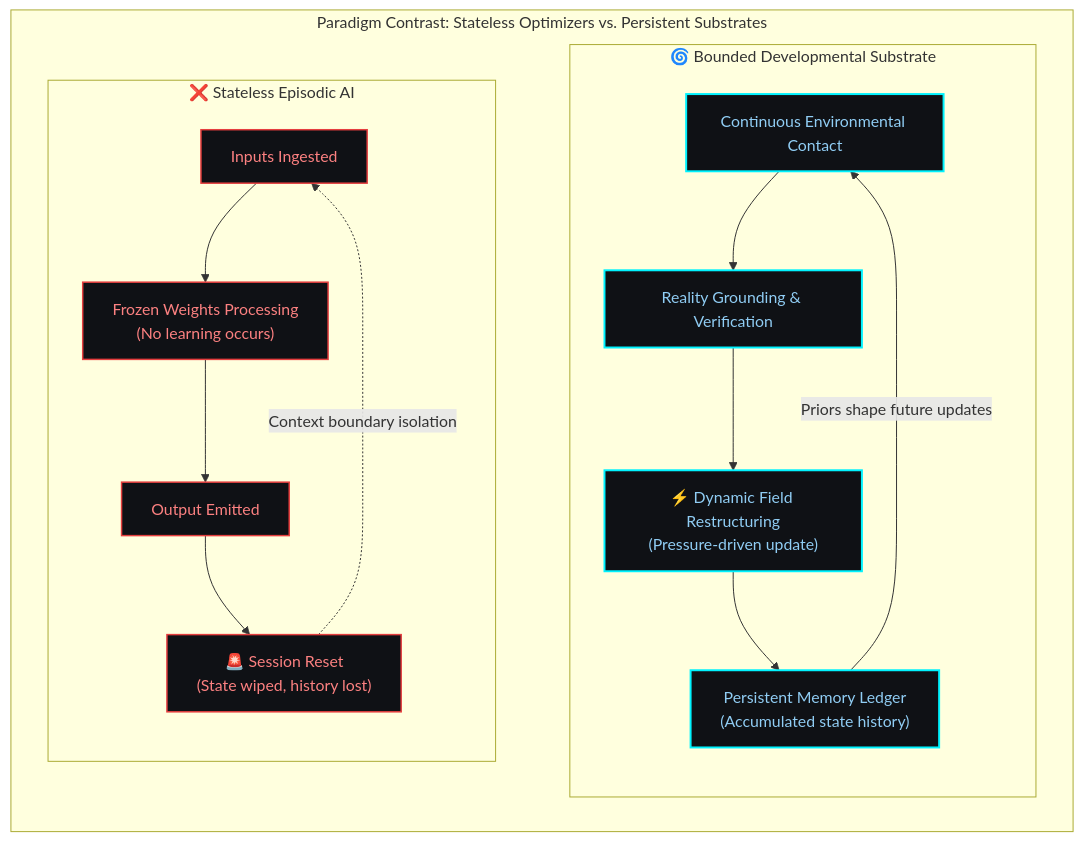
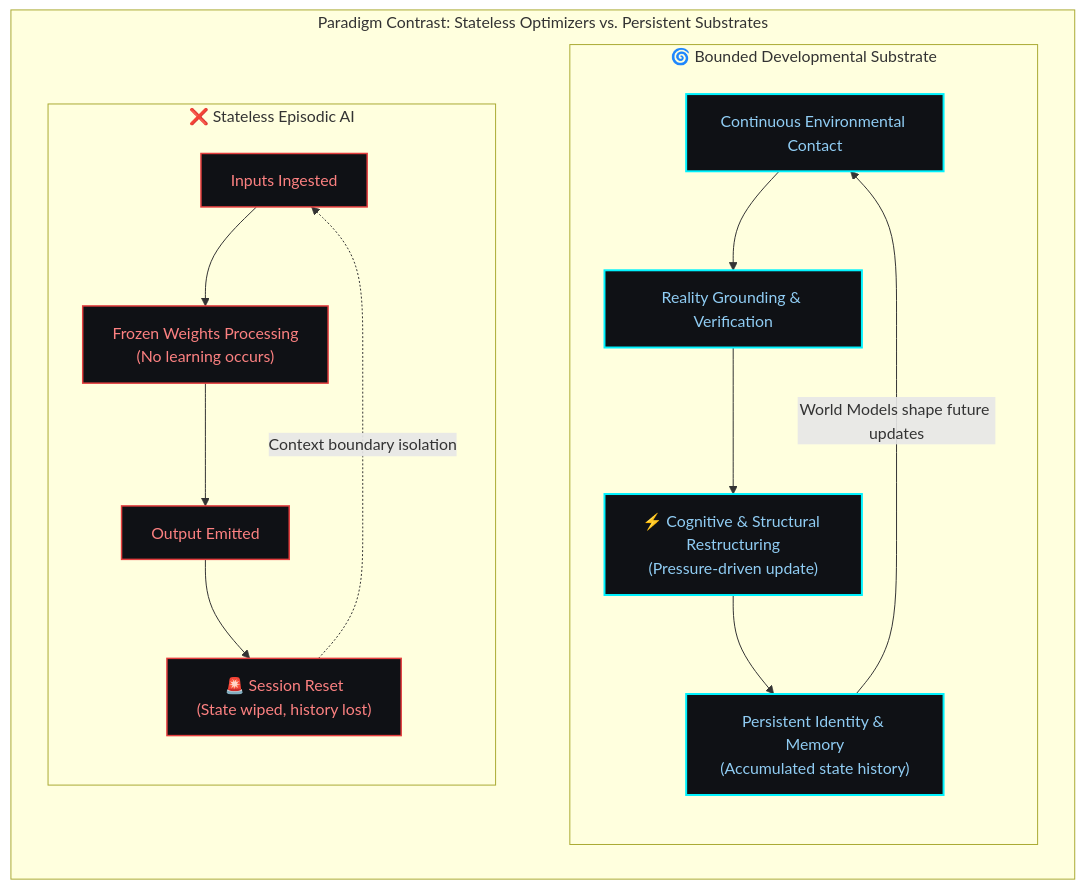
The first of 8 diagrams in docs/architecture.md (rk-roshan-kr/Earthos-public), drawn with Mermaid before and after one commit. The commit also changed other lines of this file and 19 other files, not shown here.

Commit message:
docs: complete flagship public projection architecture knowledge consolidation and sanitization audit

````diff
--- a/docs/architecture.md
+++ b/docs/architecture.md
@@ -30,27 +30,27 @@
 ```mermaid
 graph TD
     classDef static fill:#0f1115,stroke:#e53e3e,stroke-width:1.5px,color:#fc8181;
     classDef persistent fill:#0f1115,stroke:#00f2fe,stroke-width:2px,color:#90cdf4;
     classDef envelope fill:#0f1115,stroke:#4a5568,stroke-width:1px,color:#718096,stroke-dasharray: 4 4;
 
     subgraph COMPARISON_TERRAIN ["Paradigm Contrast: Stateless Optimizers vs. Persistent Substrates"]
         direction LR
 
         subgraph STATELESS_PARADIGM ["❌ Stateless Episodic AI"]
             direction TB
             A1["Inputs Ingested"]:::static --> A2["Frozen Weights Processing\n(No learning occurs)"]:::static
             A2 --> A3["Output Emitted"]:::static
             A3 --> A4["🚨 Session Reset\n(State wiped, history lost)"]:::static
             A4 -.->|Context boundary isolation| A1
         end
 
         subgraph PERSISTENT_PARADIGM ["🌀 Bounded Developmental Substrate"]
             direction TB
             B1["Continuous Environmental Contact"]:::persistent --> B2["Reality Grounding & Verification"]:::persistent
-            B2 --> B3["⚡ Dynamic Field Restructuring\n(Pressure-driven update)"]:::persistent
-            B3 --> B4["Persistent Memory Ledger\n(Accumulated state history)"]:::persistent
-            B4 -->|Priors shape future updates| B1
+            B2 --> B3["⚡ Cognitive & Structural Restructuring\n(Pressure-driven update)"]:::persistent
+            B3 --> B4["Persistent Identity & Memory\n(Accumulated state history)"]:::persistent
+            B4 -->|World Models shape future updates| B1
         end
         A4 ~~~ B1
     end
 ```
````
